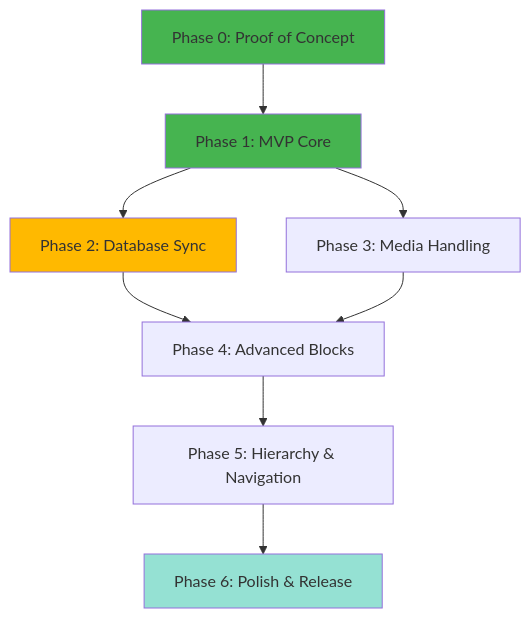
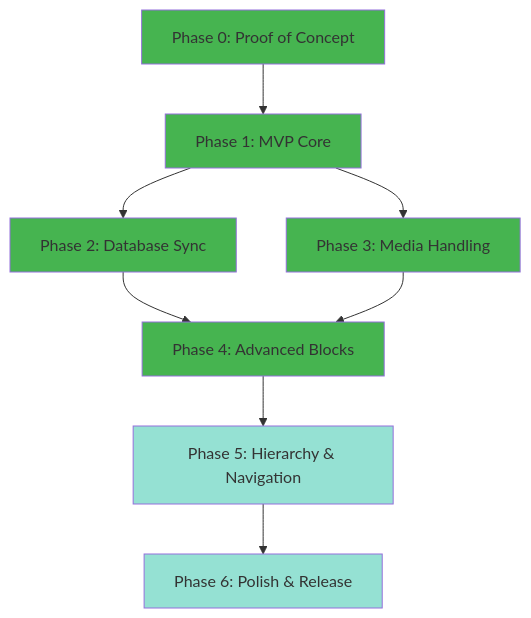
The diagram in docs/plans/main-plan.md (thevgergroup/notion-wp), drawn with Mermaid before and after one commit. The commit also changed other lines of this file and 58 other files, not shown here.

````diff
--- a/docs/plans/main-plan.md
+++ b/docs/plans/main-plan.md
@@ -9,15 +9,18 @@
 ```mermaid
 flowchart TD
     P0[Phase 0: Proof of Concept] --> P1[Phase 1: MVP Core]
     P1 --> P2[Phase 2: Database Sync]
     P1 --> P3[Phase 3: Media Handling]
     P2 --> P4[Phase 4: Advanced Blocks]
     P3 --> P4
     P4 --> P5[Phase 5: Hierarchy & Navigation]
     P5 --> P6[Phase 6: Polish & Release]
 
     style P0 fill:#46b450
     style P1 fill:#46b450
-    style P2 fill:#ffb900
+    style P2 fill:#46b450
+    style P3 fill:#46b450
+    style P4 fill:#46b450
+    style P5 fill:#95e1d3
     style P6 fill:#95e1d3
 ```
````
